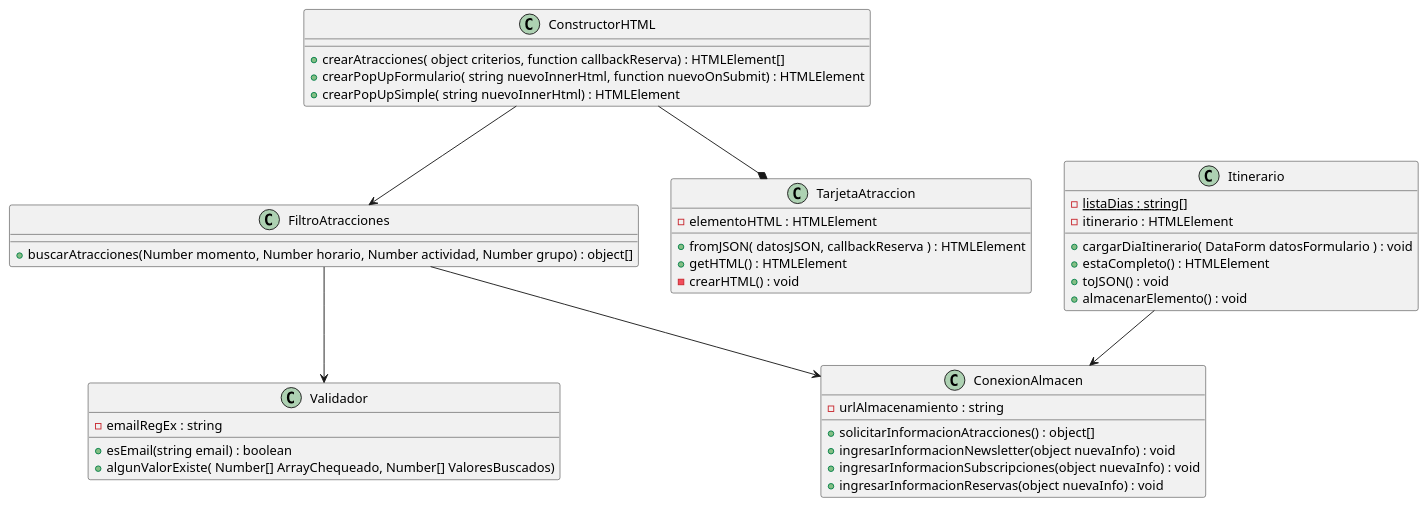
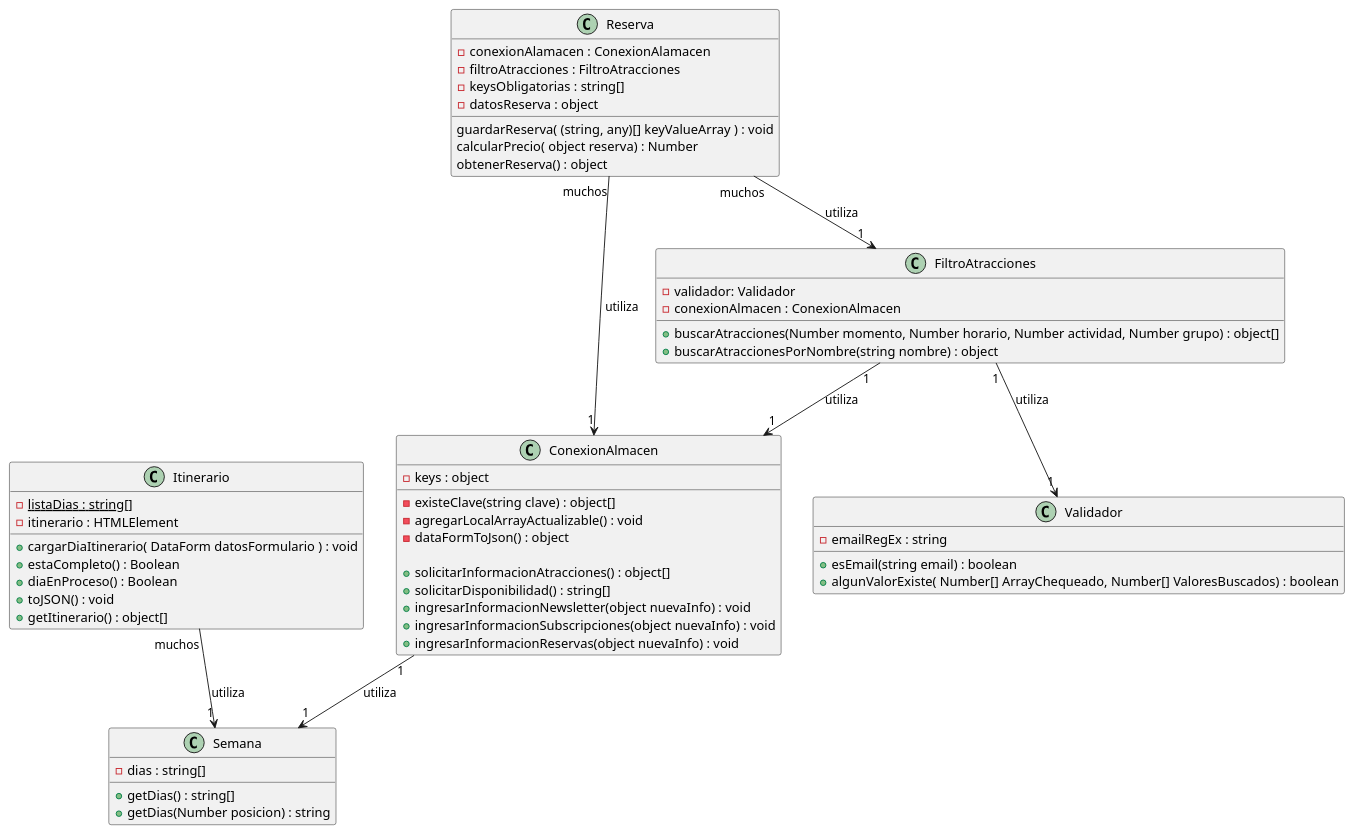
The diagram in docs/04-diagramas/02-diagramas-de-clase/diagrama-clases.puml (Thallys8/turismo-buenos-aires), drawn with PlantUML before and after one commit. The commit also changed 10 other files, not shown here.

```diff
--- a/docs/04-diagramas/02-diagramas-de-clase/diagrama-clases.puml
+++ b/docs/04-diagramas/02-diagramas-de-clase/diagrama-clases.puml
@@ -1,51 +1,68 @@
 @startuml
 class ConexionAlmacen {
-    {field} -urlAlmacenamiento : string
+    {field} -keys : object
+
+    {method} -existeClave(string clave) : object[]
+    {method} -agregarLocalArrayActualizable() : void
+    {method} -dataFormToJson() : object
 
     {method} +solicitarInformacionAtracciones() : object[]
+    {method} +solicitarDisponibilidad() : string[]
     {method} +ingresarInformacionNewsletter(object nuevaInfo) : void
     {method} +ingresarInformacionSubscripciones(object nuevaInfo) : void
     {method} +ingresarInformacionReservas(object nuevaInfo) : void
 }
 
+class FiltroAtracciones {
+    {field} -validador: Validador
+    {field} -conexionAlmacen : ConexionAlmacen
 
-class ConstructorHTML {
-    {method} +crearAtracciones( object criterios, function callbackReserva) : HTMLElement[]
-    {method} +crearPopUpFormulario( string nuevoInnerHtml, function nuevoOnSubmit) : HTMLElement
-    {method} +crearPopUpSimple( string nuevoInnerHtml) : HTMLElement
-}
-
-class FiltroAtracciones {
     {method} +buscarAtracciones(Number momento, Number horario, Number actividad, Number grupo) : object[]
+    {method} +buscarAtraccionesPorNombre(string nombre) : object
 }
 class Validador {
     {field} -emailRegEx : string   
 
     {method} +esEmail(string email) : boolean
-    {method} +algunValorExiste( Number[] ArrayChequeado, Number[] ValoresBuscados)
-}
-
-class TarjetaAtraccion{
-    {field} -elementoHTML : HTMLElement
-
-    {method} +fromJSON( datosJSON, callbackReserva ) : HTMLElement
-    {method} +getHTML() : HTMLElement
-    {method} -crearHTML() : void
+    {method} +algunValorExiste( Number[] ArrayChequeado, Number[] ValoresBuscados) : boolean
 }
 
 class Itinerario{
     {static} -listaDias : string[]
     {field} -itinerario : HTMLElement
 
     {method} +cargarDiaItinerario( DataForm datosFormulario ) : void
-    {method} +estaCompleto() : HTMLElement
+    {method} +estaCompleto() : Boolean
+    {method} +diaEnProceso() : Boolean
     {method} +toJSON() : void
-    {method} +almacenarElemento() : void
+    {method} +getItinerario() : object[]
 }
 
-FiltroAtracciones --> Validador
-FiltroAtracciones --> ConexionAlmacen
-ConstructorHTML --> FiltroAtracciones
-ConstructorHTML --* TarjetaAtraccion
-Itinerario --> ConexionAlmacen
+class Reserva {
+    {field} -conexionAlamacen : ConexionAlamacen 
+    {field} -filtroAtracciones : FiltroAtracciones
+    {field} -keysObligatorias : string[]
+    {field} -datosReserva : object
+
+    {method} guardarReserva( (string, any)[] keyValueArray ) : void 
+    {method} calcularPrecio( object reserva) : Number
+    {method} obtenerReserva() : object
+}
+
+class Semana {
+    {field} -dias : string[]
+
+    {method} +getDias() : string[]
+    {method} +getDias(Number posicion) : string
+
+}
+
+Reserva "muchos" --> "1" ConexionAlmacen : utiliza
+Reserva "muchos" --> "1" FiltroAtracciones : utiliza
+
+FiltroAtracciones "1" --> "1" Validador : utiliza
+FiltroAtracciones "1" --> "1" ConexionAlmacen : utiliza
+
+Itinerario "muchos" --> "1" Semana : utiliza
+ConexionAlmacen "1" --> "1" Semana : utiliza
 @enduml
```
